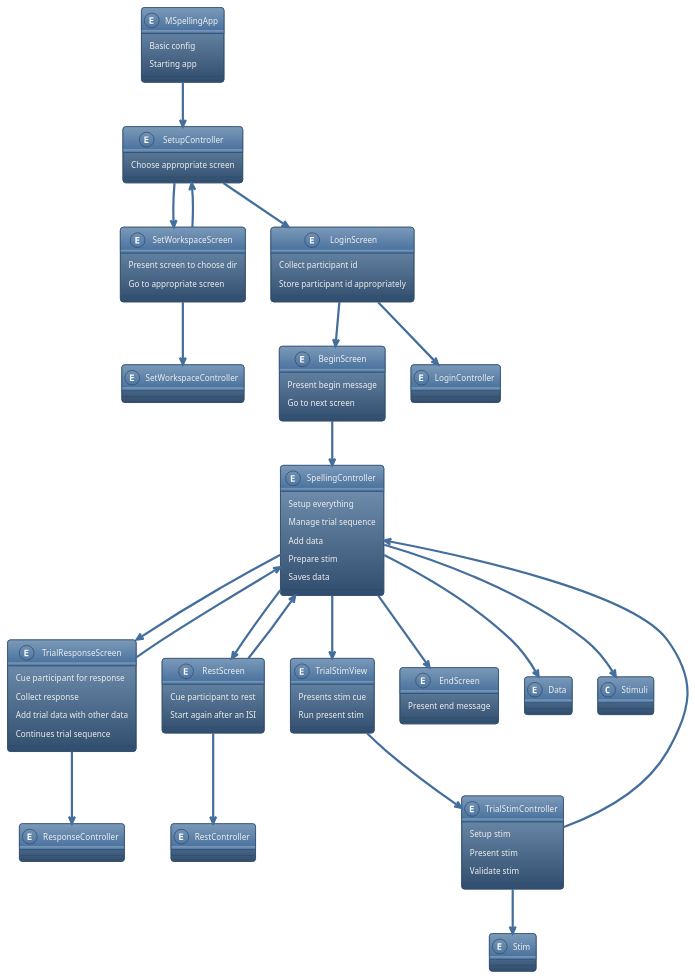
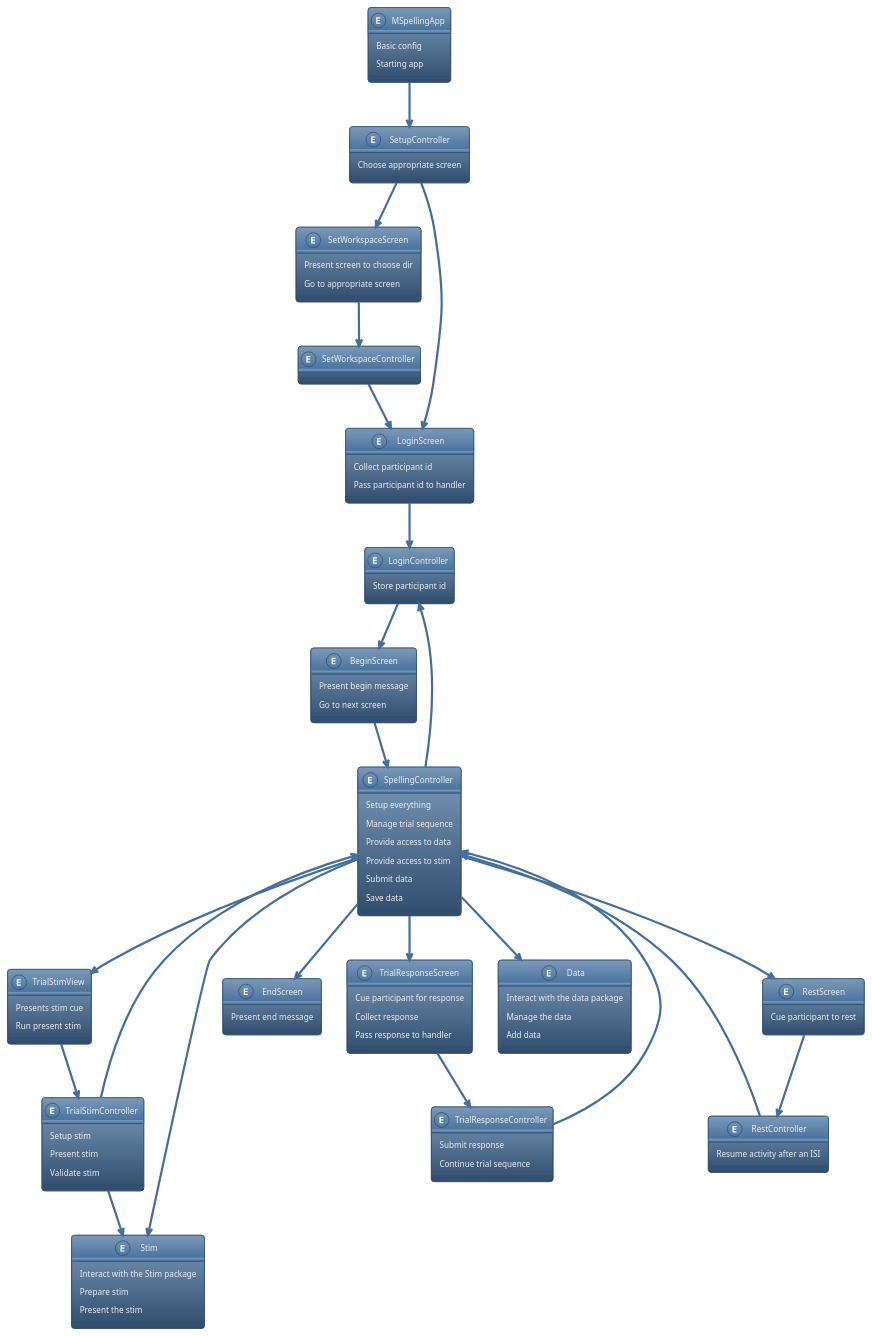
Before and after one commit to mario-bermonti/mspelling: the diagram in docs/design/design.plantuml, drawn with PlantUML.

Commit message:
Update design by separating mvc more

```diff
--- a/docs/design/design.plantuml
+++ b/docs/design/design.plantuml
@@ -1,97 +1,112 @@
 @startuml Entities and Responsibilities
 !theme spacelab
 
-entity MSpellingApp{
+entity MSpellingApp {
     Basic config
     Starting app
 }
 
-entity SetupController{
+entity SetupController {
     Choose appropriate screen
 }
 
-entity SetWorkspaceScreen{
+entity SetWorkspaceScreen {
     Present screen to choose dir 
     Go to appropriate screen
 }
 
-entity SetWorkspaceController{
+entity SetWorkspaceController {
 }
 
-entity LoginScreen{
+entity LoginScreen {
     Collect participant id
-    Store participant id appropriately
+    Pass participant id to handler
 }
 
-entity LoginController{}
+entity LoginController {
+    Store participant id
+}
 
-entity BeginScreen{
+entity BeginScreen {
     Present begin message
     Go to next screen
 }
 
-entity SpellingController{
+entity SpellingController {
     Setup everything
     Manage trial sequence 
-    Add data
-    Prepare stim 
-    Saves data
+    Provide access to data
+    Provide access to stim
+    Submit data
+    Save data
 }
 
-entity TrialStimView{
+entity TrialStimView {
     Presents stim cue
     Run present stim
 }
 
-entity TrialStimController{
+entity TrialStimController {
     Setup stim 
     Present stim
     Validate stim
 }
 
-entity TrialResponseScreen{
+entity TrialResponseScreen {
     Cue participant for response 
     Collect response
-    Add trial data with other data
-    ' Pass response
-    Continues trial sequence
+    Pass response to handler
 }
 
-entity ResponseController{}
-
-entity RestScreen{
-    Cue participant to rest 
-    Start again after an ISI
+entity TrialResponseController {
+    Submit response
+    Continue trial sequence
 }
 
-entity RestController{}
+entity RestScreen {
+    Cue participant to rest 
+}
 
-entity EndScreen{
+entity RestController {
+    Resume activity after an ISI
+}
+
+entity EndScreen {
     Present end message
 }
 
-entity Stim{}
-entity Data{}
+entity Stim {   
+    Interact with the Stim package 
+    Prepare stim 
+    Present the stim
+}
+
+entity Data {
+    Interact with the data package 
+    Manage the data 
+    Add data
+}
 
 MSpellingApp --> SetupController
 SetupController --> SetWorkspaceScreen
 SetupController --> LoginScreen
 SetWorkspaceScreen --> SetWorkspaceController
-SetWorkspaceScreen --> SetupController 
+SetWorkspaceController --> LoginScreen
 LoginScreen --> LoginController
-LoginScreen --> BeginScreen
+LoginController --> BeginScreen
 BeginScreen --> SpellingController
-SpellingController --> Stimuli
 SpellingController --> Data
 SpellingController --> TrialStimView
 TrialStimView --> TrialStimController
 TrialStimController --> SpellingController
 TrialStimController --> Stim
 SpellingController --> TrialResponseScreen
-TrialResponseScreen --> ResponseController
-TrialResponseScreen --> SpellingController
+TrialResponseScreen --> TrialResponseController
+TrialResponseController --> SpellingController
 SpellingController --> RestScreen
-RestScreen --> SpellingController
 RestScreen --> RestController
+RestController --> SpellingController
 SpellingController --> EndScreen
+SpellingController --> LoginController
+SpellingController --> Stim
 @enduml
```
